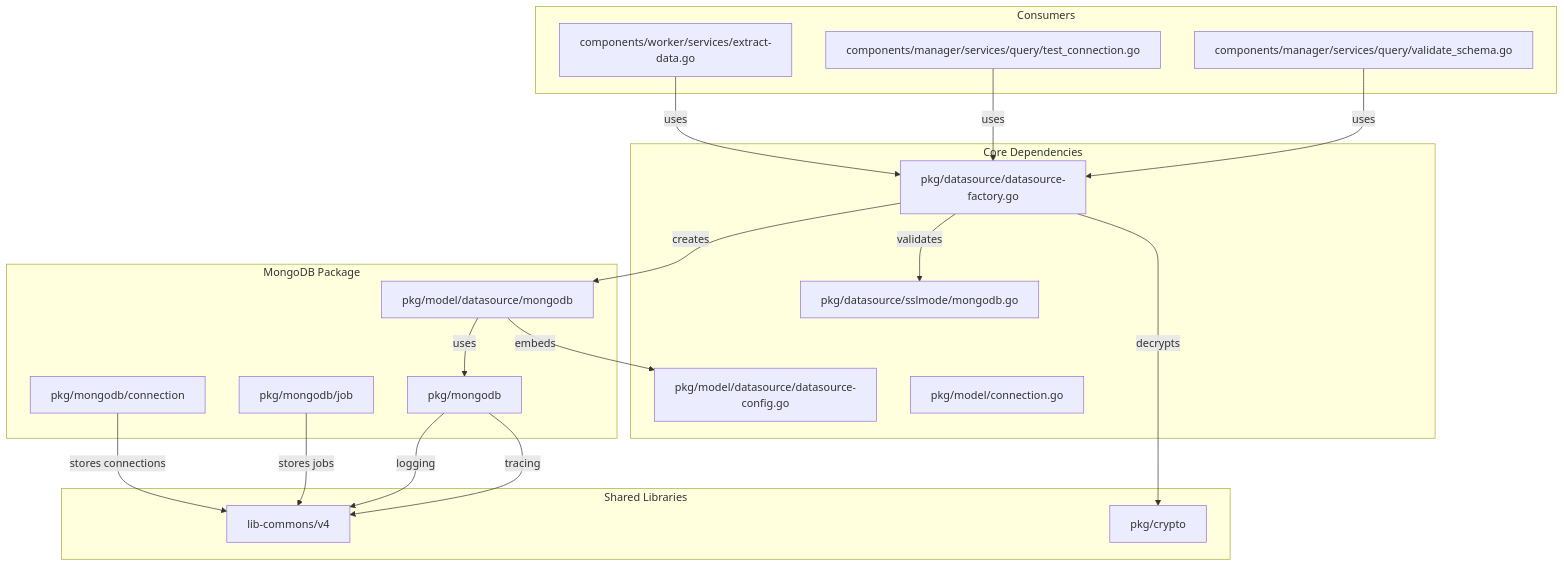
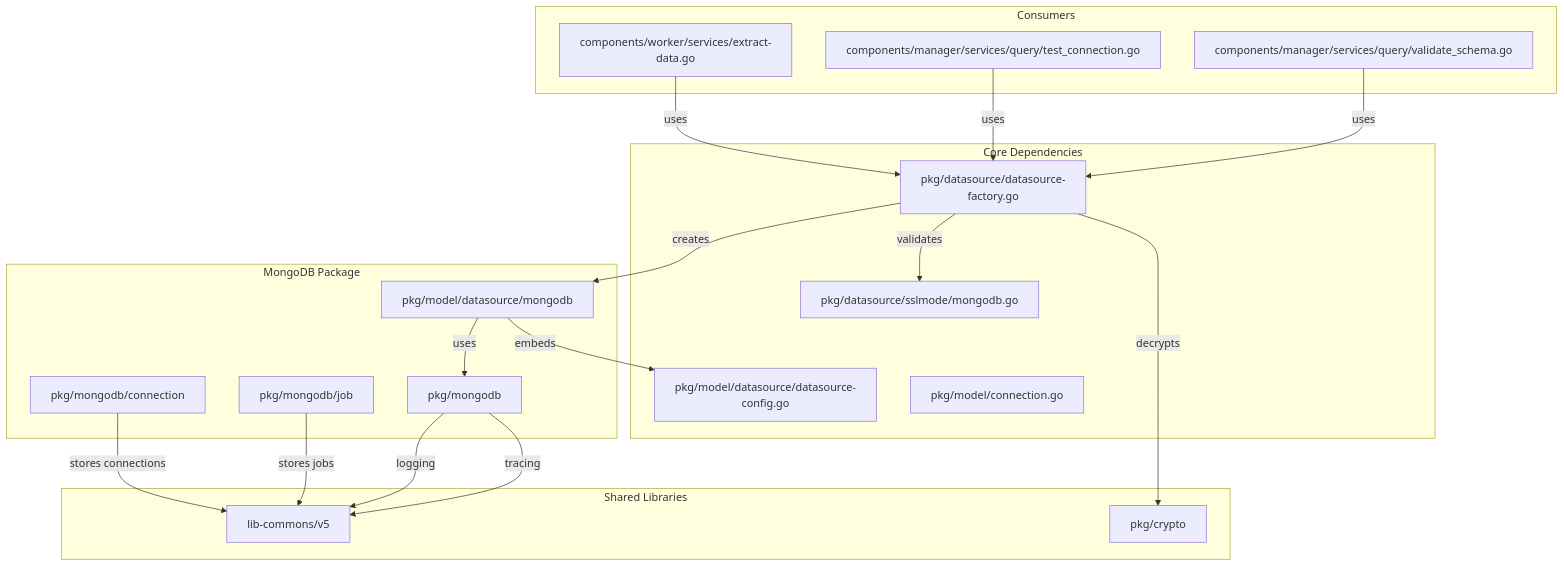
One commit to LerianStudio/fetcher changed the fourth of 4 diagrams in pkg/mongodb/README.md. Above: the diagram before and after it, drawn with Mermaid. The commit also changed other lines of this file and 125 other files, not shown here.

First line of the commit message:
chore(deps): bump lib-commons v5.1.0, lib-auth v2.7.0, lib-license-go v2.3.4

````diff
--- a/pkg/mongodb/README.md
+++ b/pkg/mongodb/README.md
@@ -317,44 +317,44 @@
 ```mermaid
 graph TB
     subgraph "Consumers"
         Worker[components/worker/services/extract-data.go]
         TestConn[components/manager/services/query/test_connection.go]
         ValidateSchema[components/manager/services/query/validate_schema.go]
     end
 
     subgraph "MongoDB Package"
         MongoDBPkg[pkg/mongodb]
         ModelMongo[pkg/model/datasource/mongodb]
         ConnRepo[pkg/mongodb/connection]
         JobRepo[pkg/mongodb/job]
     end
 
     subgraph "Core Dependencies"
         DSFactory[pkg/datasource/datasource-factory.go]
         DSConfig[pkg/model/datasource/datasource-config.go]
         SSLMode[pkg/datasource/sslmode/mongodb.go]
         Model[pkg/model/connection.go]
     end
 
     subgraph "Shared Libraries"
-        LibCommons[lib-commons/v4]
+        LibCommons[lib-commons/v5]
         Crypto[pkg/crypto]
     end
 
     Worker -->|uses| DSFactory
     TestConn -->|uses| DSFactory
     ValidateSchema -->|uses| DSFactory
 
     DSFactory -->|creates| ModelMongo
     DSFactory -->|validates| SSLMode
     DSFactory -->|decrypts| Crypto
 
     ModelMongo -->|embeds| DSConfig
     ModelMongo -->|uses| MongoDBPkg
 
     ConnRepo -->|stores connections| LibCommons
     JobRepo -->|stores jobs| LibCommons
 
     MongoDBPkg -->|logging| LibCommons
     MongoDBPkg -->|tracing| LibCommons
 ```
````
